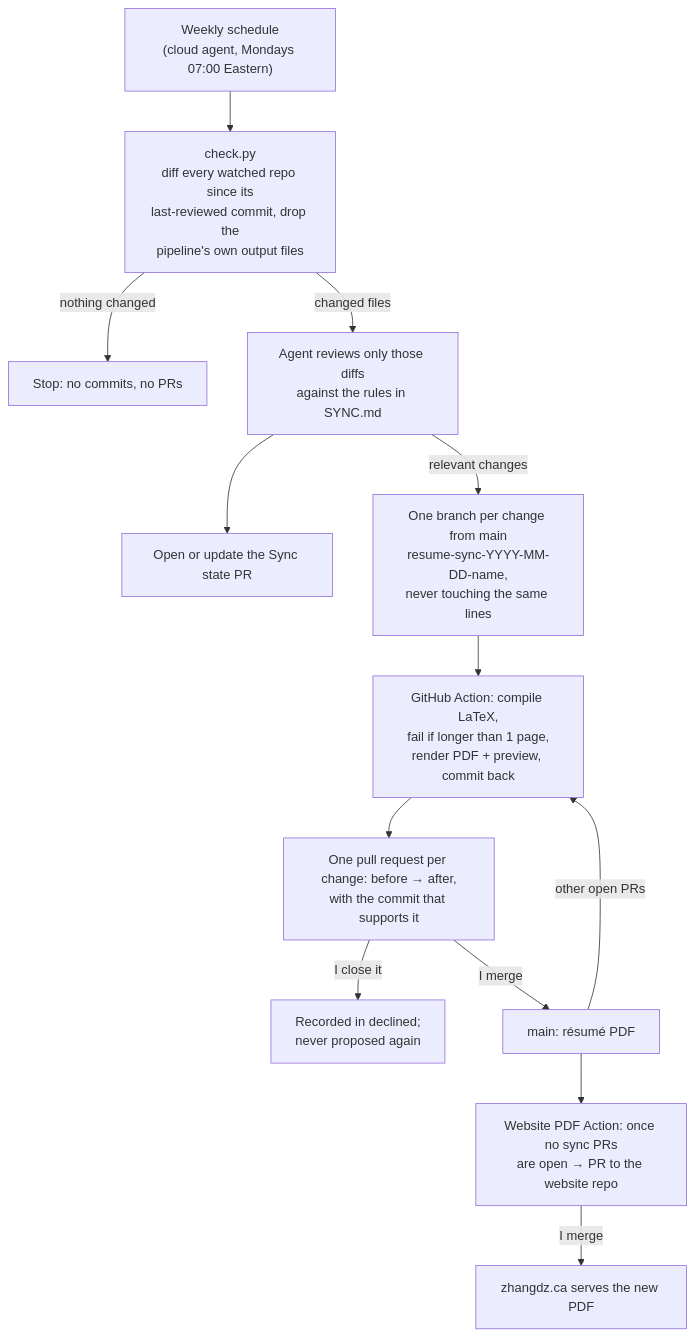
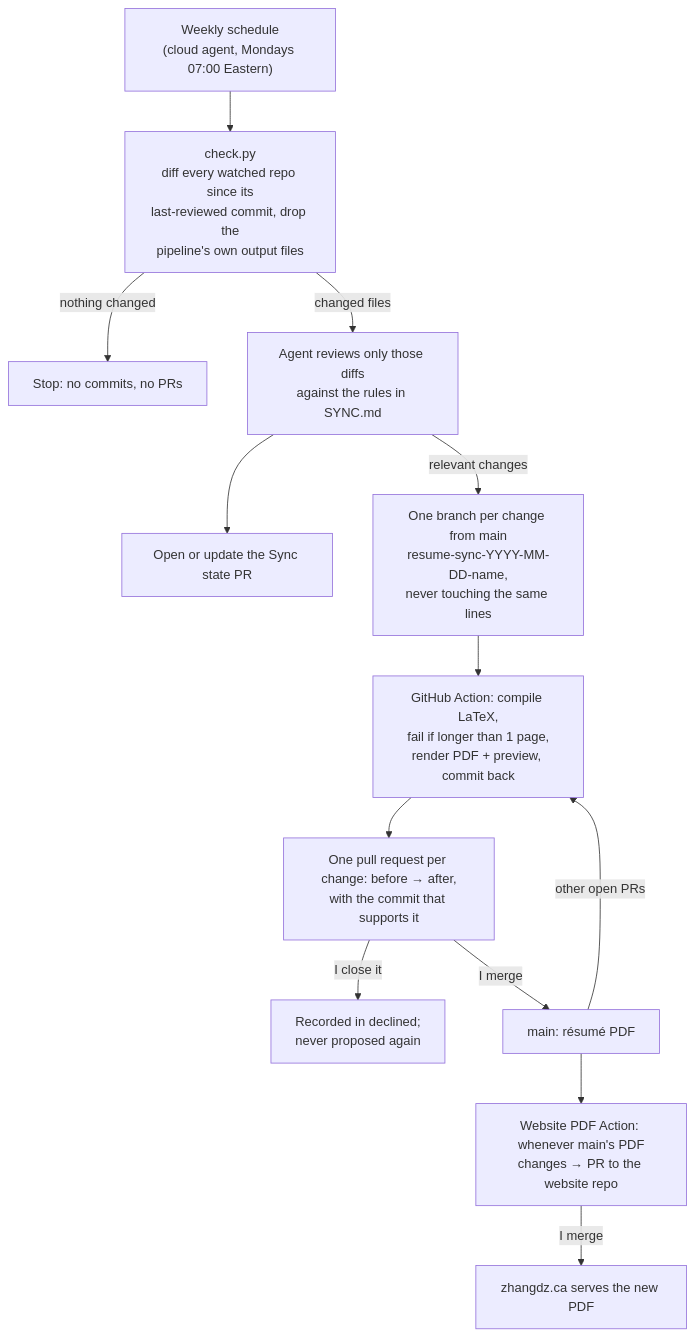
One commit to danielzhang122/resume-sync changed the diagram in docs/PIPELINE.md. Above: the diagram before and after it, drawn with Mermaid. The commit also changed other lines of this file and 5 other files, not shown here.

First line of the commit message:
Résumé: 70+ trucks; send every main PDF change to the website

````diff
--- a/docs/PIPELINE.md
+++ b/docs/PIPELINE.md
@@ -20,15 +20,15 @@
 ```mermaid
 flowchart TD
     A["Weekly schedule<br/>(cloud agent, Mondays 07:00 Eastern)"] --> B["check.py<br/>diff every watched repo since its<br/>last-reviewed commit, drop the<br/>pipeline's own output files"]
     B -->|nothing changed| Z["Stop: no commits, no PRs"]
     B -->|changed files| C["Agent reviews only those diffs<br/>against the rules in SYNC.md"]
     C --> S["Open or update the Sync state PR"]
     C -->|relevant changes| D["One branch per change from main<br/>resume-sync-YYYY-MM-DD-name,<br/>never touching the same lines"]
     D --> E["GitHub Action: compile LaTeX,<br/>fail if longer than 1 page,<br/>render PDF + preview, commit back"]
     E --> F["One pull request per change: before → after,<br/>with the commit that supports it"]
     F -->|I close it| X["Recorded in declined;<br/>never proposed again"]
     F -->|I merge| G["main: résumé PDF"]
     G -->|other open PRs| E
-    G --> H["Website PDF Action: once no sync PRs<br/>are open → PR to the website repo"]
+    G --> H["Website PDF Action: whenever main's PDF<br/>changes → PR to the website repo"]
     H -->|I merge| I["zhangdz.ca serves the new PDF"]
 ```
````
